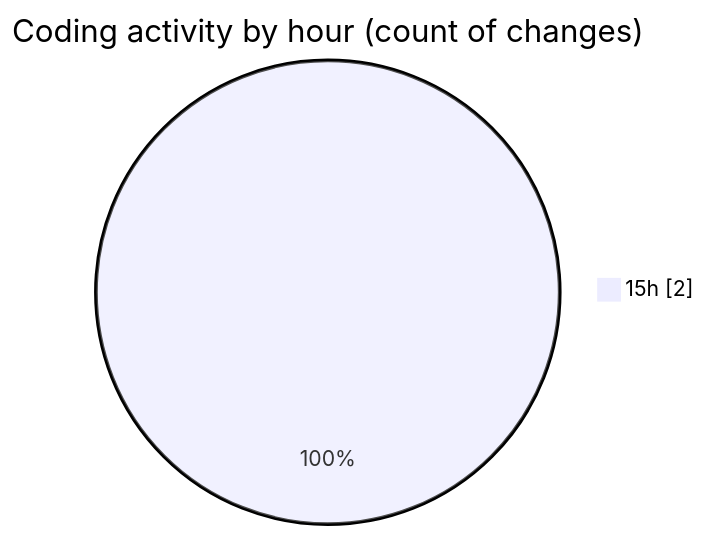
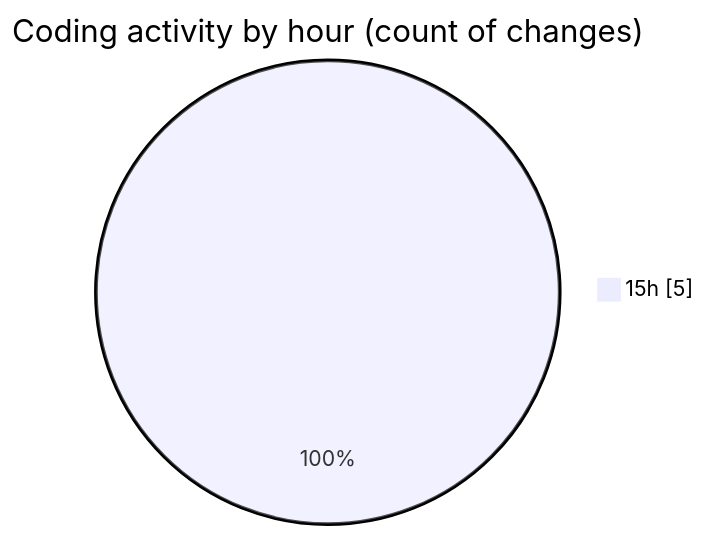
Before and after one commit to julien-gomy/code-tracking: the second of 2 diagrams in 2025-11-20/cdp_aleoudev_fr__workspace_/README.md, drawn with Mermaid. The commit also changed other lines of this file and 1 other file, not shown here.

````diff
--- a/2025-11-20/cdp_aleoudev_fr__workspace_/README.md
+++ b/2025-11-20/cdp_aleoudev_fr__workspace_/README.md
@@ -28,5 +29,5 @@
 ```mermaid
 pie showData
 title Coding activity by hour (count of changes)
-"15h" : 2
+"15h" : 5
 ```
````
